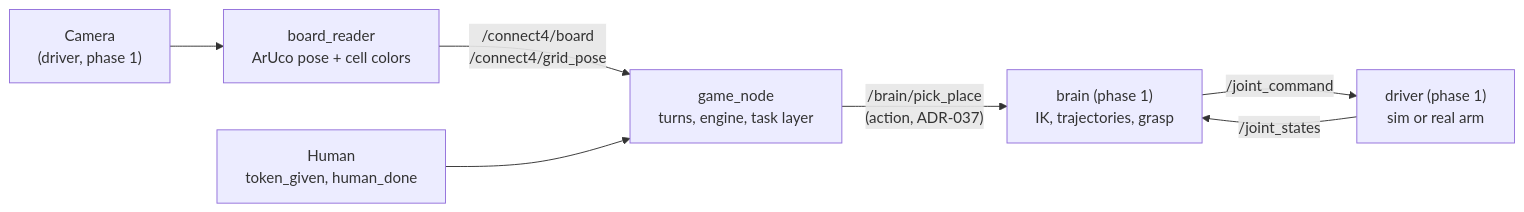
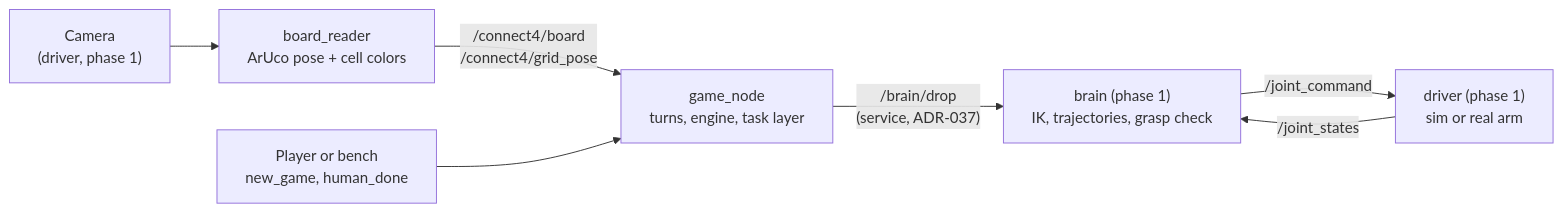
One commit to FoxaxeWasTaken/Robotics changed the diagram in docs/project/phase2/README.md. Above: the diagram before and after it, drawn with Mermaid. The commit also changed other lines of this file and 61 other files, not shown here.

First line of the commit message:
docs(phase2): scope v2.0.0 to the sim game, with a dated plan (#235)

````diff
--- a/docs/project/phase2/README.md
+++ b/docs/project/phase2/README.md
@@ -32,9 +32,9 @@
 ```mermaid
 flowchart LR
   CAM["Camera<br/>(driver, phase 1)"] --> BR["board_reader<br/>ArUco pose + cell colors"]
   BR -- "/connect4/board<br/>/connect4/grid_pose" --> G["game_node<br/>turns, engine, task layer"]
-  H["Human<br/>token_given, human_done"] --> G
-  G -- "/brain/pick_place<br/>(action, ADR-037)" --> B["brain (phase 1)<br/>IK, trajectories, grasp"]
+  H["Player or bench<br/>new_game, human_done"] --> G
+  G -- "/brain/drop<br/>(service, ADR-037)" --> B["brain (phase 1)<br/>IK, trajectories, grasp check"]
   B -- "/joint_command" --> D["driver (phase 1)<br/>sim or real arm"]
   D -- "/joint_states" --> B
 ```
````
